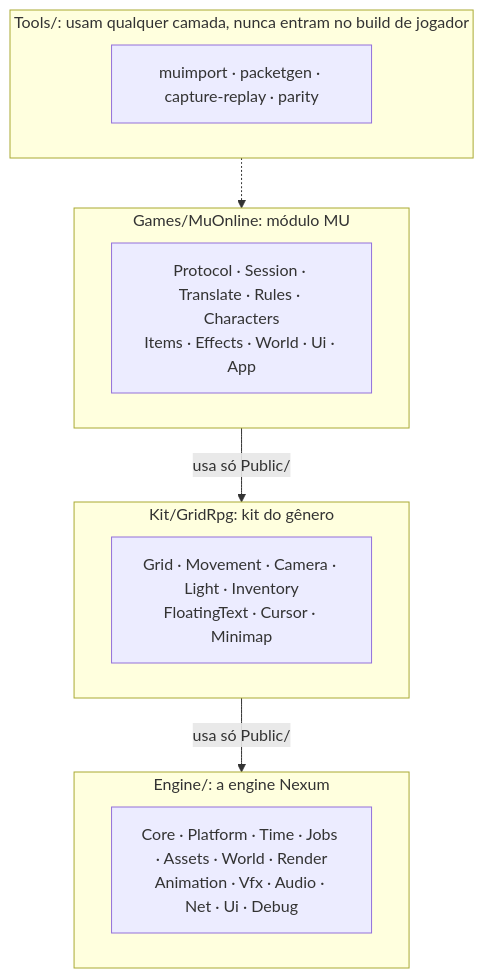
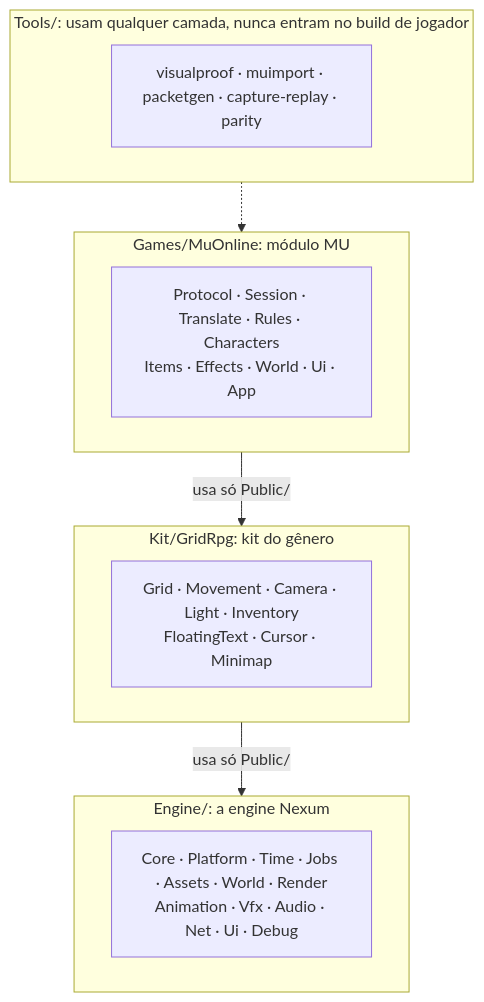
One commit to ecologycrw/nexum changed the second of 3 diagrams in docs/ARCHITECTURE.md. Above: the diagram before and after it, drawn with Mermaid. The commit also changed other lines of this file and 192 other files, not shown here.

````diff
--- a/docs/ARCHITECTURE.md
+++ b/docs/ARCHITECTURE.md
@@ -22,18 +22,18 @@
 ```mermaid
 flowchart TB
     subgraph TOOLS["Tools/: usam qualquer camada, nunca entram no build de jogador"]
-        T["muimport · packetgen · capture-replay · parity"]
+        T["visualproof · muimport · packetgen · capture-replay · parity"]
     end
     subgraph GAME["Games/MuOnline: módulo MU"]
         G["Protocol · Session · Translate · Rules · Characters<br/>Items · Effects · World · Ui · App"]
     end
     subgraph KIT["Kit/GridRpg: kit do gênero"]
         K["Grid · Movement · Camera · Light · Inventory<br/>FloatingText · Cursor · Minimap"]
     end
     subgraph ENG["Engine/: a engine Nexum"]
         E["Core · Platform · Time · Jobs · Assets · World · Render<br/>Animation · Vfx · Audio · Net · Ui · Debug"]
     end
     TOOLS -.-> GAME
     GAME -->|"usa só Public/"| KIT
     KIT -->|"usa só Public/"| ENG
 ```
````
